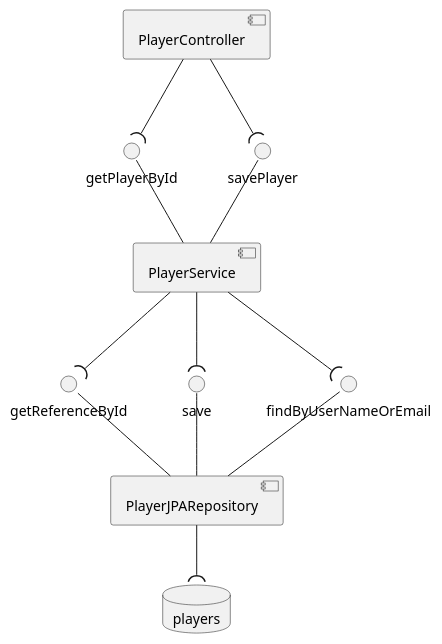
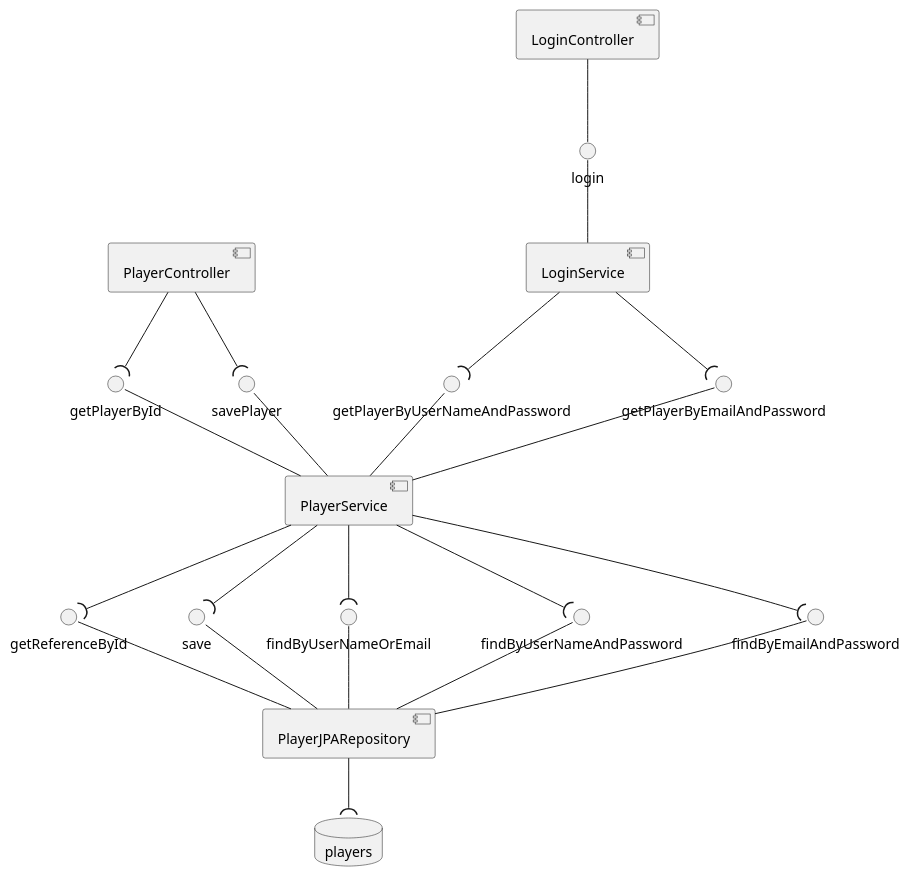
Before and after one commit to 114042-TOLEDO-BRUNO/Practica-Spring: the diagram in docs/model/component.puml, drawn with PlantUML. The commit also changed 12 other files, not shown here.

```diff
--- a/docs/model/component.puml
+++ b/docs/model/component.puml
@@ -1,18 +1,29 @@
 @startuml
 database "players"
 [PlayerController] --(getPlayerById
 [PlayerController] --(savePlayer
+[LoginController] --login
 
+[LoginService] --(getPlayerByUserNameAndPassword
+[LoginService] --(getPlayerByEmailAndPassword
+login -- [LoginService]
 [PlayerService] --(getReferenceById
 [PlayerService] --(save
 [PlayerService] --(findByUserNameOrEmail
+[PlayerService] --(findByUserNameAndPassword
+[PlayerService] --(findByEmailAndPassword
+
 
 getPlayerById -- [PlayerService]
 savePlayer -- [PlayerService]
+getPlayerByUserNameAndPassword -- [PlayerService]
+getPlayerByEmailAndPassword -- [PlayerService]
 
 [PlayerJPARepository] --("players"
 getReferenceById -- [PlayerJPARepository]
 save -- [PlayerJPARepository]
 findByUserNameOrEmail -- [PlayerJPARepository]
+findByUserNameAndPassword -- [PlayerJPARepository]
+findByEmailAndPassword -- [PlayerJPARepository]
 
 @enduml
```
